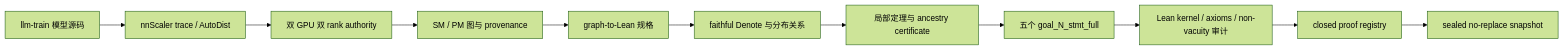
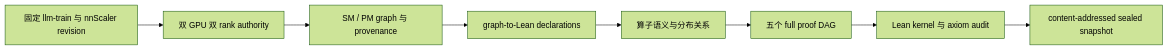
Before and after one commit to Tianshi-Xu/tainverify_lean: the first of 2 diagrams in docs/TRAINVERIFY_YOCO_FORMALIZATION_PIPELINE.md, drawn with Mermaid (forest theme). The commit also changed other lines of this file and 1 other file, not shown here.

````diff
--- a/docs/TRAINVERIFY_YOCO_FORMALIZATION_PIPELINE.md
+++ b/docs/TRAINVERIFY_YOCO_FORMALIZATION_PIPELINE.md
@@ -46,13 +143,10 @@
 ```mermaid
 flowchart LR
-  A[llm-train 模型源码] --> B[nnScaler trace / AutoDist]
-  B --> C[双 GPU 双 rank authority]
-  C --> D[SM / PM 图与 provenance]
-  D --> E[graph-to-Lean 规格]
-  E --> F[faithful Denote 与分布关系]
-  F --> G[局部定理与 ancestry certificate]
-  G --> H[五个 goal_N_stmt_full]
-  H --> I[Lean kernel / axioms / non-vacuity 审计]
-  I --> J[closed proof registry]
-  J --> K[sealed no-replace snapshot]
+  A[固定 llm-train 与 nnScaler revision] --> B[双 GPU 双 rank authority]
+  B --> C[SM / PM graph 与 provenance]
+  C --> D[graph-to-Lean declarations]
+  D --> E[算子语义与分布关系]
+  E --> F[五个 full proof DAG]
+  F --> G[Lean kernel 与 axiom audit]
+  G --> H[content-addressed sealed snapshot]
 ```
````
